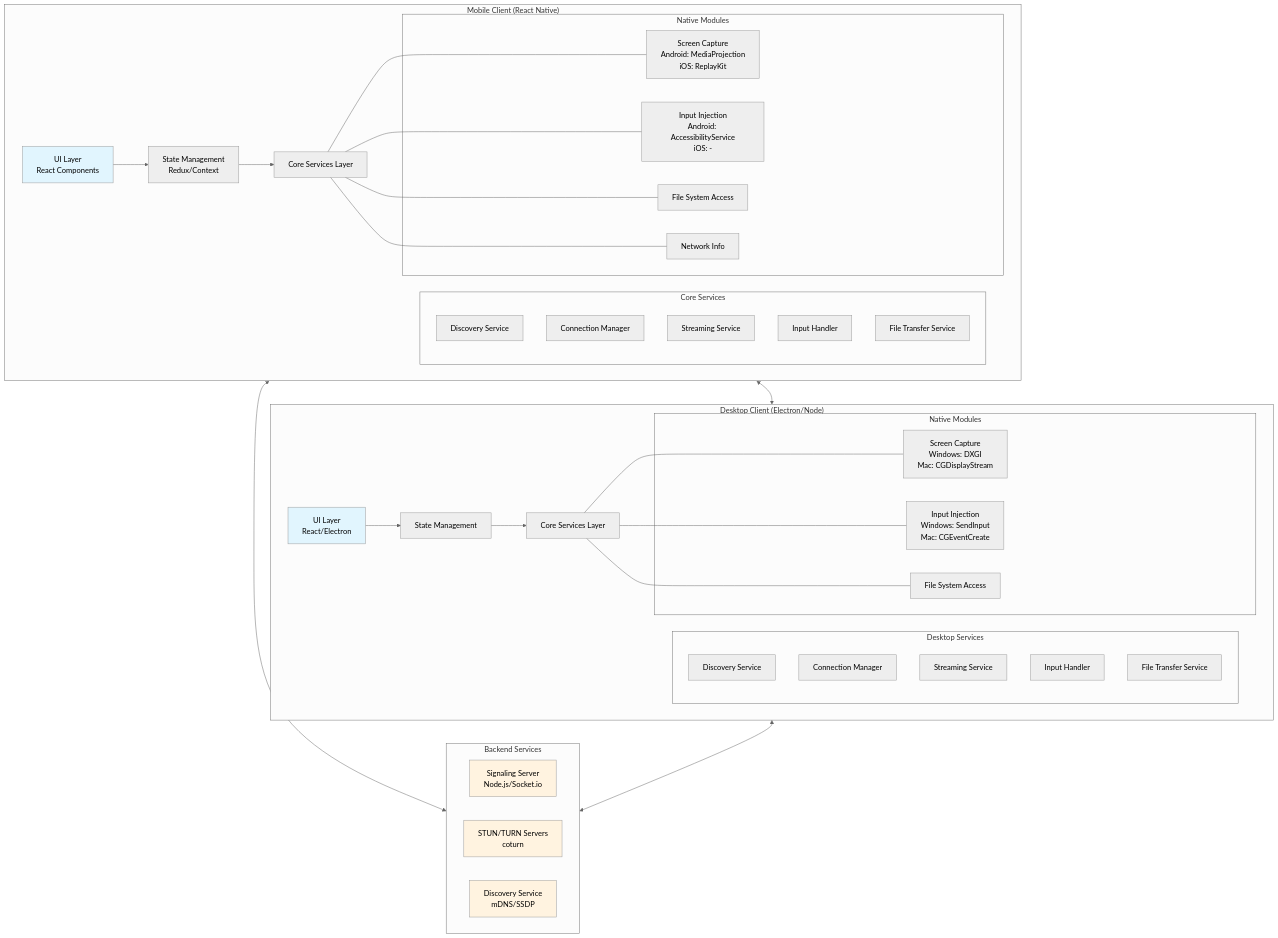
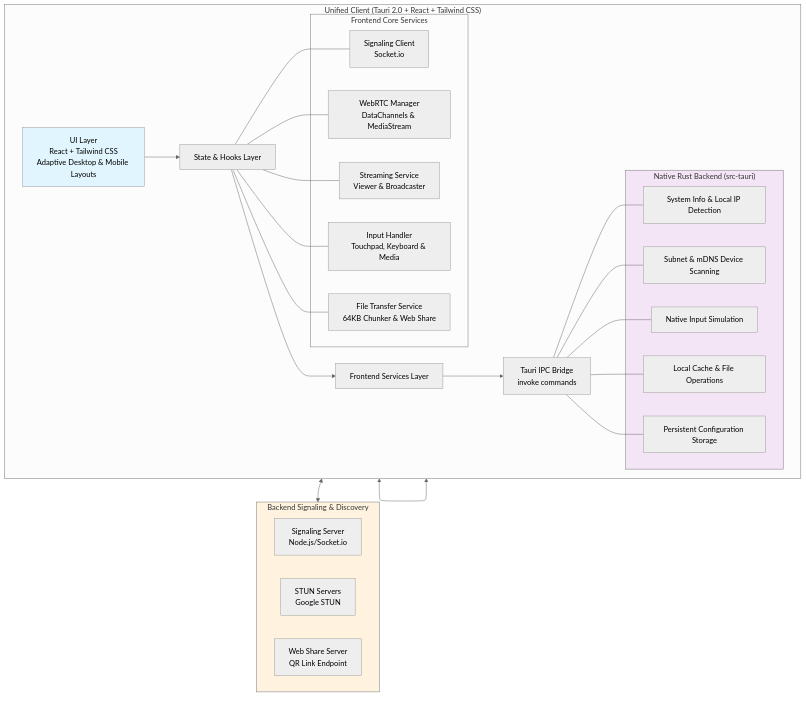
One commit to skye-cyber/vellichor changed the first of 7 diagrams in README.md. Above: the diagram before and after it, drawn with Mermaid (neutral theme). The commit also changed other lines of this file and 264 other files, not shown here.

First line of the commit message:
Start migration from reractive native to Tauri

````diff
--- a/README.md
+++ b/README.md
@@ -254,66 +256,50 @@
 ```mermaid
 graph TB
-    subgraph Mobile["Mobile Client (React Native)"]
-        A[UI Layer<br/>React Components] --> B[State Management<br/>Redux/Context]
-        B --> C[Core Services Layer]
+    subgraph Client["Unified Client (Tauri 2.0 + React + Tailwind CSS)"]
+        A[UI Layer<br/>React + Tailwind CSS<br/>Adaptive Desktop & Mobile Layouts] --> B[State & Hooks Layer]
+        B --> C[Frontend Services Layer]
         
-        subgraph CoreServices["Core Services"]
-            C1[Discovery Service]
-            C2[Connection Manager]
-            C3[Streaming Service]
-            C4[Input Handler]
-            C5[File Transfer Service]
+        subgraph FrontendServices["Frontend Core Services"]
+            C1[Signaling Client<br/>Socket.io]
+            C2[WebRTC Manager<br/>DataChannels & MediaStream]
+            C3[Streaming Service<br/>Viewer & Broadcaster]
+            C4[Input Handler<br/>Touchpad, Keyboard & Media]
+            C5[File Transfer Service<br/>64KB Chunker & Web Share]
         end
         
-        subgraph NativeModules["Native Modules"]
-            D1[Screen Capture<br/>Android: MediaProjection<br/>iOS: ReplayKit]
-            D2[Input Injection<br/>Android: AccessibilityService<br/>iOS: -]
-            D3[File System Access]
-            D4[Network Info]
+        B --- C1
+        B --- C2
+        B --- C3
+        B --- C4
+        B --- C5
+
+        C --> D[Tauri IPC Bridge<br/>invoke commands]
+        
+        subgraph RustBackend["Native Rust Backend (src-tauri)"]
+            D1[System Info & Local IP Detection]
+            D2[Subnet & mDNS Device Scanning]
+            D3[Native Input Simulation]
+            D4[Local Cache & File Operations]
+            D5[Persistent Configuration Storage]
         end
         
-        C --- D1
-        C --- D2
-        C --- D3
-        C --- D4
+        D --- D1
+        D --- D2
+        D --- D3
+        D --- D4
+        D --- D5
     end
 
-    subgraph Desktop["Desktop Client (Electron/Node)"]
-        E[UI Layer<br/>React/Electron] --> F[State Management]
-        F --> G[Core Services Layer]
-        
-        subgraph DesktopServices["Desktop Services"]
-            G1[Discovery Service]
-            G2[Connection Manager]
-            G3[Streaming Service]
-            G4[Input Handler]
-            G5[File Transfer Service]
-        end
-        
-        subgraph DesktopNative["Native Modules"]
-            H1[Screen Capture<br/>Windows: DXGI<br/>Mac: CGDisplayStream]
-            H2[Input Injection<br/>Windows: SendInput<br/>Mac: CGEventCreate]
-            H3[File System Access]
-        end
-        
-        G --- H1
-        G --- H2
-        G --- H3
+    subgraph Backend["Backend Signaling & Discovery"]
+        I[Signaling Server<br/>Node.js/Socket.io]
+        J[STUN Servers<br/>Google STUN]
+        K[Web Share Server<br/>QR Link Endpoint]
     end
 
-    subgraph Backend["Backend Services"]
-        I[Signaling Server<br/>Node.js/Socket.io]
-        J[STUN/TURN Servers<br/>coturn]
-        K[Discovery Service<br/>mDNS/SSDP]
-    end
-
-    Mobile <--> Backend
-    Desktop <--> Backend
-    Mobile <--> Desktop
+    Client <--> Backend
+    Client <--> Client
 
     style A fill:#e1f5fe
-    style E fill:#e1f5fe
-    style I fill:#fff3e0
-    style J fill:#fff3e0
-    style K fill:#fff3e0
+    style RustBackend fill:#f3e5f5
+    style Backend fill:#fff3e0
 ```
````
